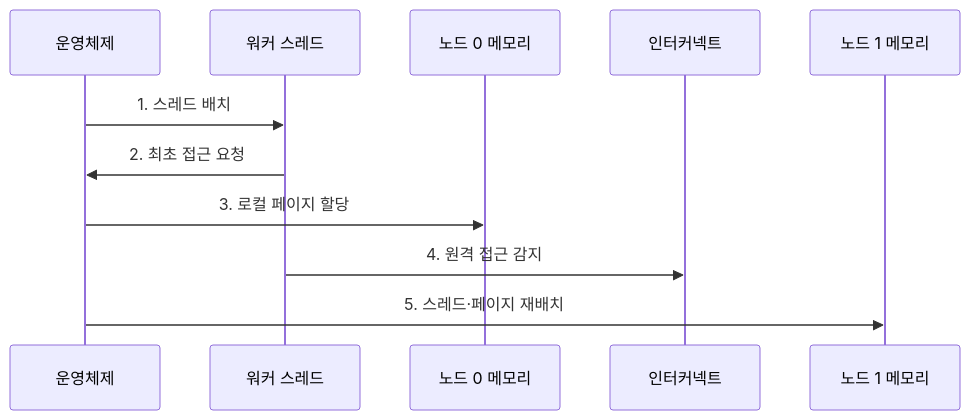
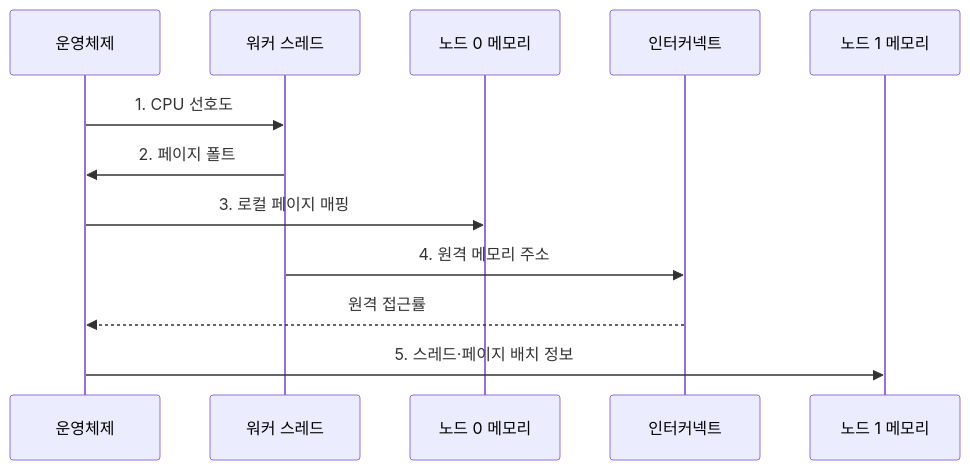
Before and after one commit to agnusdei1207/knowledge-base: the second of 2 diagrams in src/content/docs/notes/02-hardware/093_multi_socket_server_smp.md, drawn with Mermaid. The commit also changed other lines of this file and 14 other files, not shown here.

````diff
--- a/src/content/docs/notes/02-hardware/093_multi_socket_server_smp.md
+++ b/src/content/docs/notes/02-hardware/093_multi_socket_server_smp.md
@@ -89,13 +87,14 @@
 ```mermaid
 sequenceDiagram
     participant O as 운영체제
     participant T as 워커 스레드
     participant M0 as 노드 0 메모리
     participant I as 인터커넥트
     participant M1 as 노드 1 메모리
-    O->>T: 1. 스레드 배치
-    T->>O: 2. 최초 접근 요청
-    O->>M0: 3. 로컬 페이지 할당
-    T->>I: 4. 원격 접근 감지
-    O->>M1: 5. 스레드·페이지 재배치
+    O->>T: 1. CPU 선호도
+    T->>O: 2. 페이지 폴트
+    O->>M0: 3. 로컬 페이지 매핑
+    T->>I: 4. 원격 메모리 주소
+    I-->>O: 원격 접근률
+    O->>M1: 5. 스레드·페이지 배치 정보
 ```
````
